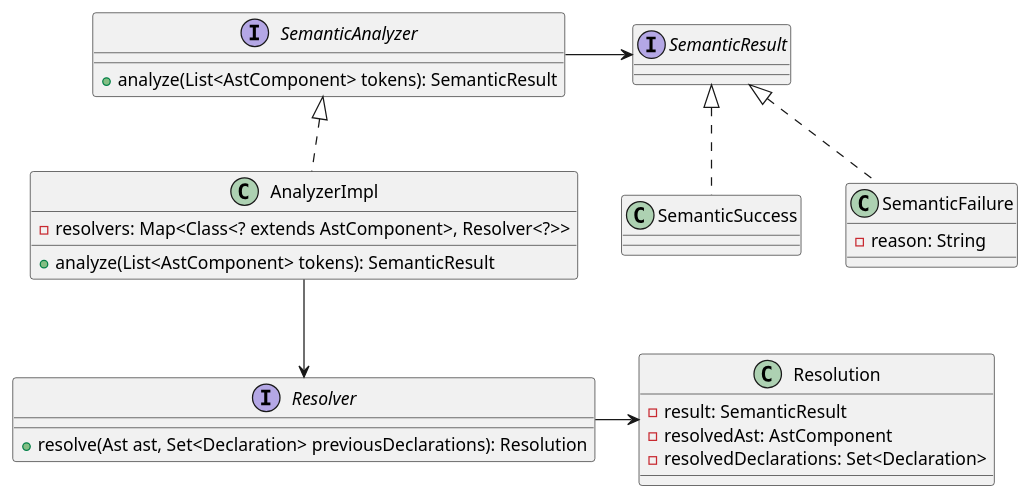
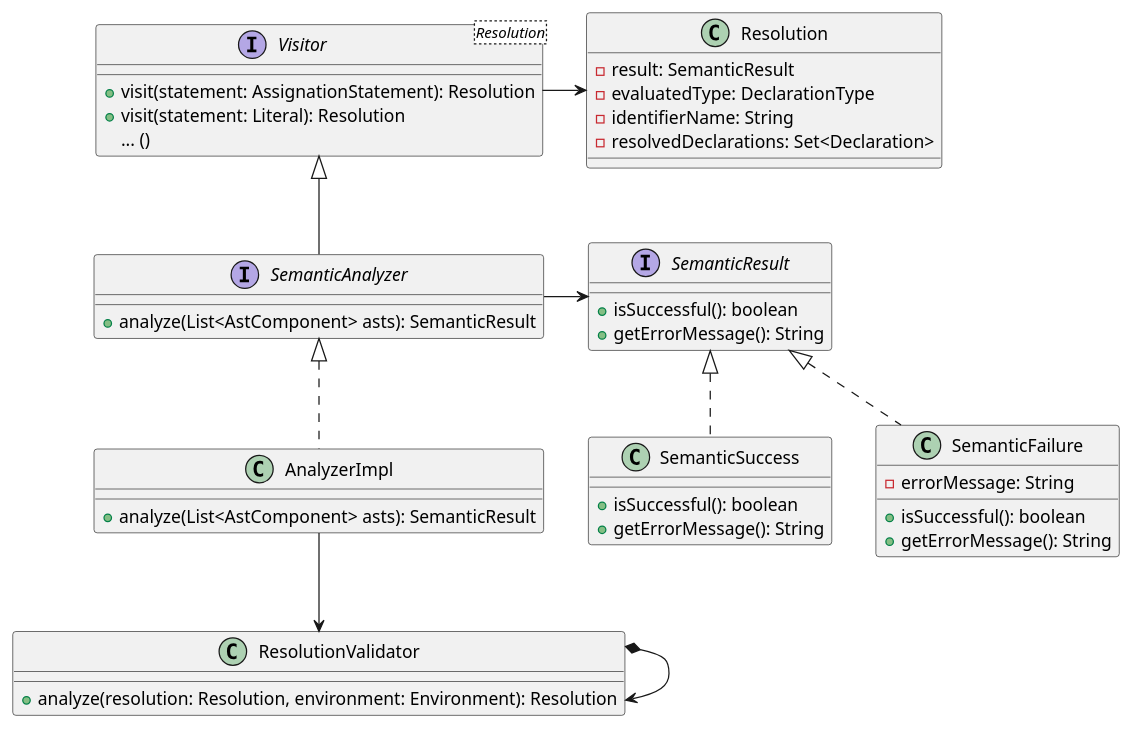
Before and after one commit to Al-Fajor/printscript: the diagram in diagrams/semantic_analyzer.puml, drawn with PlantUML.

Commit message:
Redesigned SemanticAnalyzer

```diff
--- a/diagrams/semantic_analyzer.puml
+++ b/diagrams/semantic_analyzer.puml
@@ -1,33 +1,48 @@
 @startuml
 
-interface SemanticAnalyzer {
-    + analyze(List<AstComponent> tokens): SemanticResult
+interface Visitor<Resolution> {
+    + visit(statement: AssignationStatement): Resolution
+    + visit(statement: Literal): Resolution
+    ... ()
+}
+
+interface SemanticAnalyzer extends Visitor<Resolution> {
+    + analyze(List<AstComponent> asts): SemanticResult
 }
 
 class AnalyzerImpl implements SemanticAnalyzer {
-    - resolvers: Map<Class<? extends AstComponent>, Resolver<?>>
-    + analyze(List<AstComponent> tokens): SemanticResult
+    + analyze(List<AstComponent> asts): SemanticResult
 }
 
-interface SemanticResult
-
-class SemanticSuccess implements SemanticResult
-class SemanticFailure implements SemanticResult {
-    - reason: String
+interface SemanticResult {
+    + isSuccessful(): boolean
+    + getErrorMessage(): String
 }
 
-interface Resolver {
-    + resolve(Ast ast, Set<Declaration> previousDeclarations): Resolution
+class SemanticSuccess implements SemanticResult {
+    + isSuccessful(): boolean
+    + getErrorMessage(): String
+}
+class SemanticFailure implements SemanticResult {
+    - errorMessage: String
+    + isSuccessful(): boolean
+    + getErrorMessage(): String
 }
 
 class Resolution {
     - result: SemanticResult
-    - resolvedAst: AstComponent
+    - evaluatedType: DeclarationType
+    - identifierName: String
     - resolvedDeclarations: Set<Declaration>
 }
 
+class ResolutionValidator {
+    + analyze(resolution: Resolution, environment: Environment): Resolution
+}
+
 SemanticAnalyzer -> SemanticResult
-AnalyzerImpl --> Resolver
-Resolver -> Resolution
+AnalyzerImpl --> ResolutionValidator
+ResolutionValidator *-> ResolutionValidator
+Visitor -> Resolution
 
 @enduml
```
